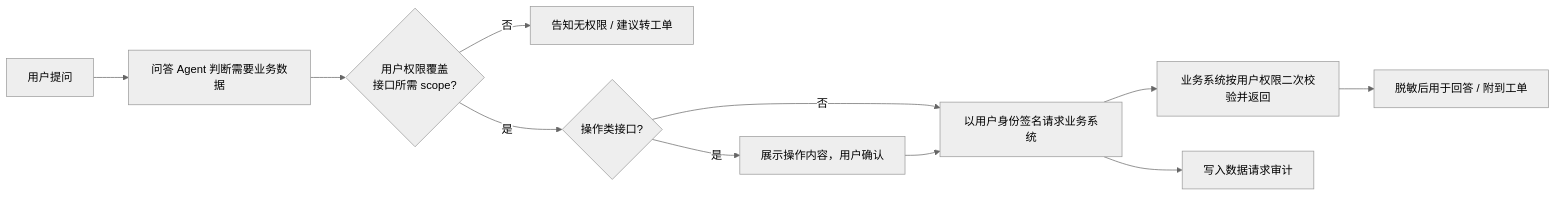
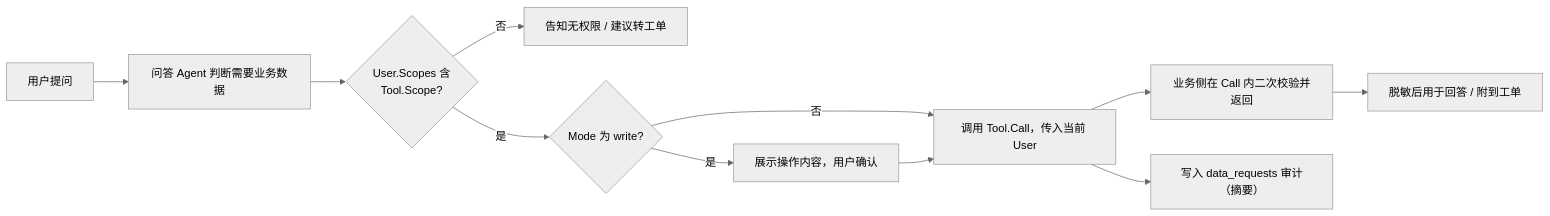
Before and after one commit to zhouhao4221/lingo: the fifth of 7 diagrams in docs/requirements/PRD.md, drawn with Mermaid. The commit also changed other lines of this file and 37 other files, not shown here.

````diff
--- a/docs/requirements/PRD.md
+++ b/docs/requirements/PRD.md
@@ -424,14 +371,14 @@
 ```mermaid
 %%{init: {'theme':'neutral'}}%%
 flowchart LR
   A[用户提问] --> B[问答 Agent 判断需要业务数据]
-  B --> C{用户权限覆盖<br/>接口所需 scope?}
+  B --> C{User.Scopes 含<br/>Tool.Scope?}
   C -- 否 --> D[告知无权限 / 建议转工单]
-  C -- 是 --> E{操作类接口?}
+  C -- 是 --> E{Mode 为 write?}
   E -- 是 --> F[展示操作内容，用户确认]
-  E -- 否 --> G[以用户身份签名请求业务系统]
+  E -- 否 --> G[调用 Tool.Call，传入当前 User]
   F --> G
-  G --> H[业务系统按用户权限二次校验并返回]
+  G --> H[业务侧在 Call 内二次校验并返回]
   H --> I[脱敏后用于回答 / 附到工单]
-  G --> J[写入数据请求审计]
+  G --> J[写入 data_requests 审计（摘要）]
 ```
````
